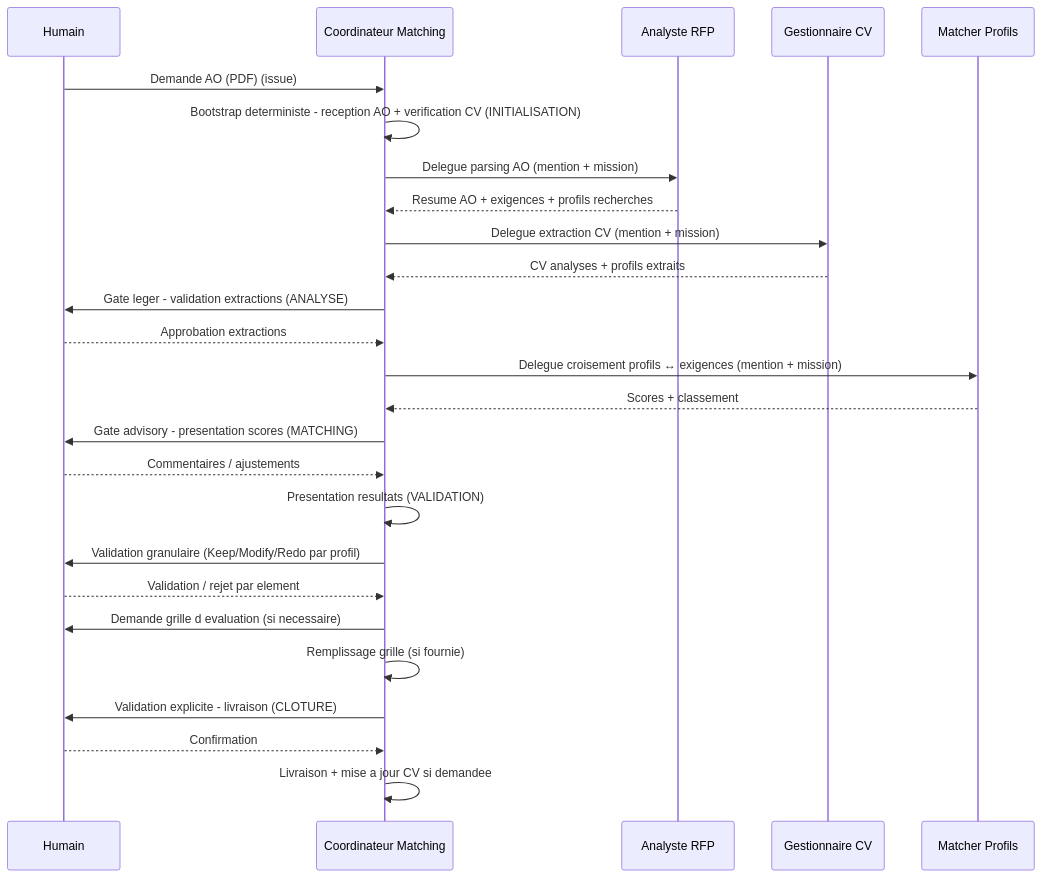
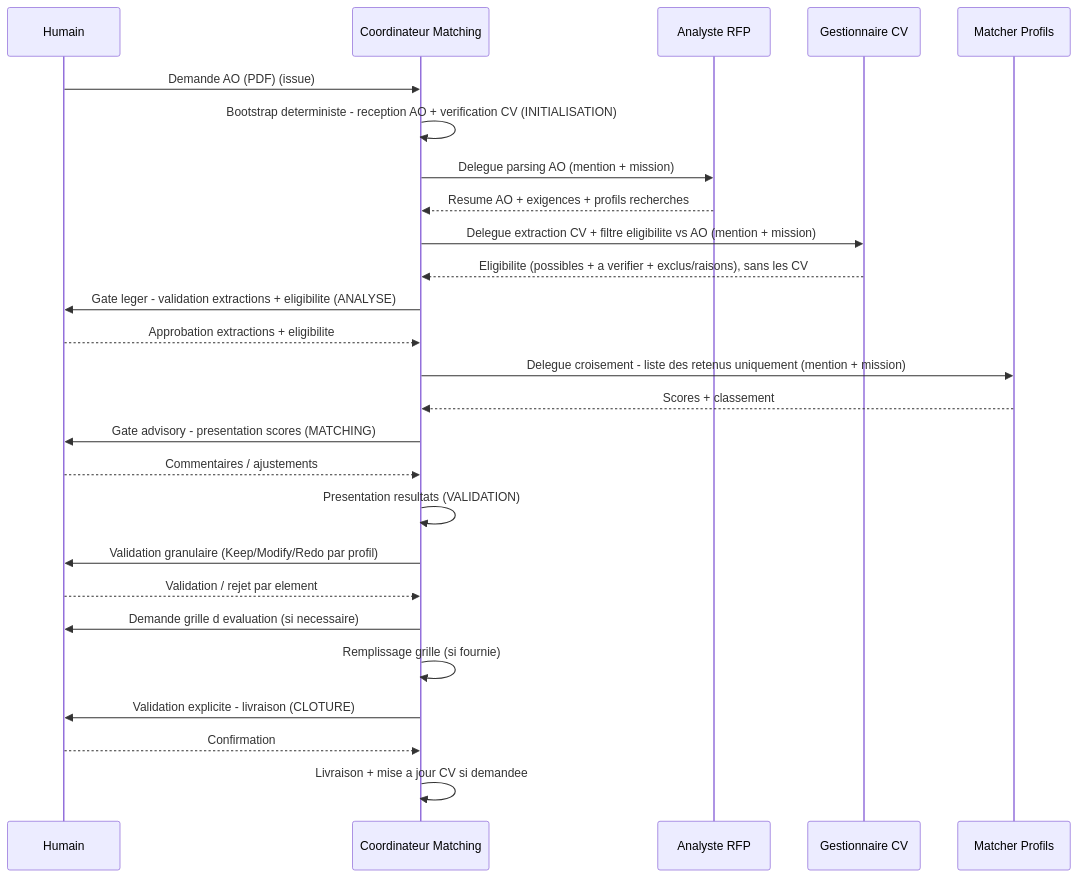
Before and after one commit to Gsyltc/homelab-portfolio: the second of 2 diagrams in matching-cv-ao/common/conductor.md, drawn with Mermaid. The commit also changed other lines of this file and 5 other files, not shown here.

First line of the commit message:
matching-cv-ao: filtre d'éligibilité amont (Gestionnaire CV) + non-retenus dans le résumé final

````diff
--- a/matching-cv-ao/common/conductor.md
+++ b/matching-cv-ao/common/conductor.md
@@ -142,29 +142,29 @@
 ```mermaid
 sequenceDiagram
     participant H as Humain
     participant S as Coordinateur Matching
     participant A as Analyste RFP
     participant G as Gestionnaire CV
     participant M as Matcher Profils
 
     H->>S: Demande AO (PDF) (issue)
     S->>S: Bootstrap deterministe - reception AO + verification CV (INITIALISATION)
     S->>A: Delegue parsing AO (mention + mission)
     A-->>S: Resume AO + exigences + profils recherches
-    S->>G: Delegue extraction CV (mention + mission)
-    G-->>S: CV analyses + profils extraits
-    S->>H: Gate leger - validation extractions (ANALYSE)
-    H-->>S: Approbation extractions
-    S->>M: Delegue croisement profils ↔ exigences (mention + mission)
+    S->>G: Delegue extraction CV + filtre eligibilite vs AO (mention + mission)
+    G-->>S: Eligibilite (possibles + a verifier + exclus/raisons), sans les CV
+    S->>H: Gate leger - validation extractions + eligibilite (ANALYSE)
+    H-->>S: Approbation extractions + eligibilite
+    S->>M: Delegue croisement - liste des retenus uniquement (mention + mission)
     M-->>S: Scores + classement
     S->>H: Gate advisory - presentation scores (MATCHING)
     H-->>S: Commentaires / ajustements
     S->>S: Presentation resultats (VALIDATION)
     S->>H: Validation granulaire (Keep/Modify/Redo par profil)
     H-->>S: Validation / rejet par element
     S->>H: Demande grille d evaluation (si necessaire)
     S->>S: Remplissage grille (si fournie)
     S->>H: Validation explicite - livraison (CLOTURE)
     H-->>S: Confirmation
     S->>S: Livraison + mise a jour CV si demandee
 ```
````
